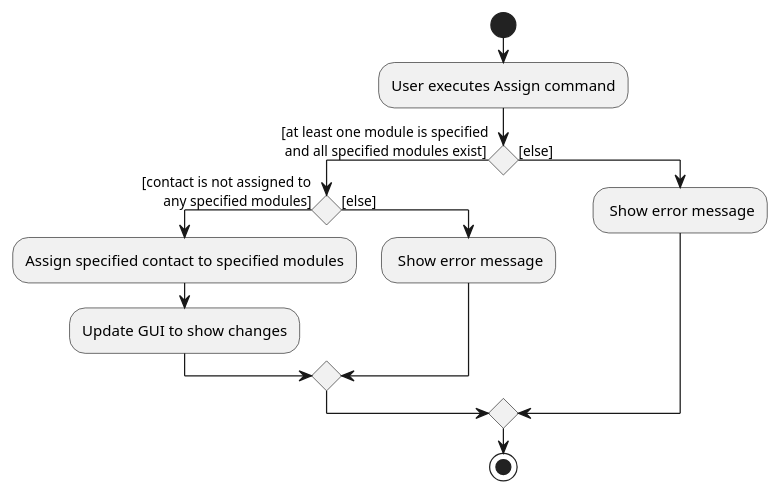
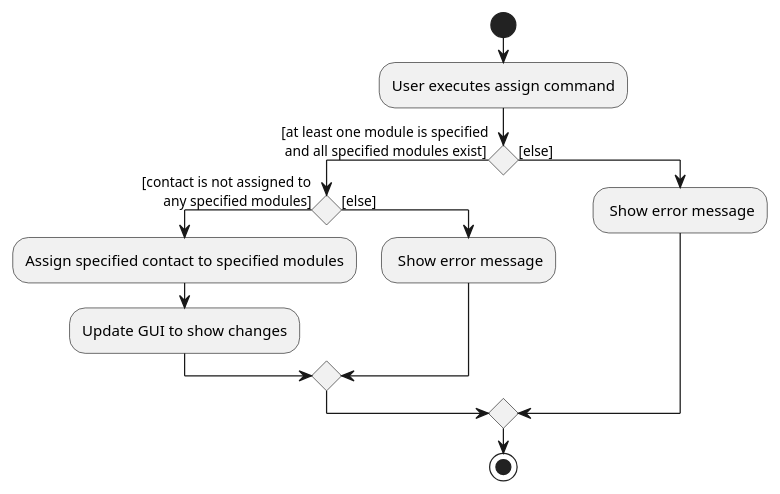
Before and after one commit to nus-cs2103-AY2021S1/tp: the diagram in docs/diagrams/AssignActivityDiagram.puml, drawn with PlantUML. The commit also changed 14 other files, not shown here.

Commit message:
Update activity diagrams

```diff
--- a/docs/diagrams/AssignActivityDiagram.puml
+++ b/docs/diagrams/AssignActivityDiagram.puml
@@ -1,18 +1,18 @@
 @startuml
 start
-:User executes Assign command;
+:User executes assign command;
 if () then ([at least one module is specified
  and all specified modules exist])
     if () then ([contact is not assigned to
       any specified modules])
         :Assign specified contact to specified modules;
         :Update GUI to show changes;
 
     else([else])
         : Show error message;
     endif
 else ([else])
     : Show error message;
 endif
 stop
 @enduml
```
